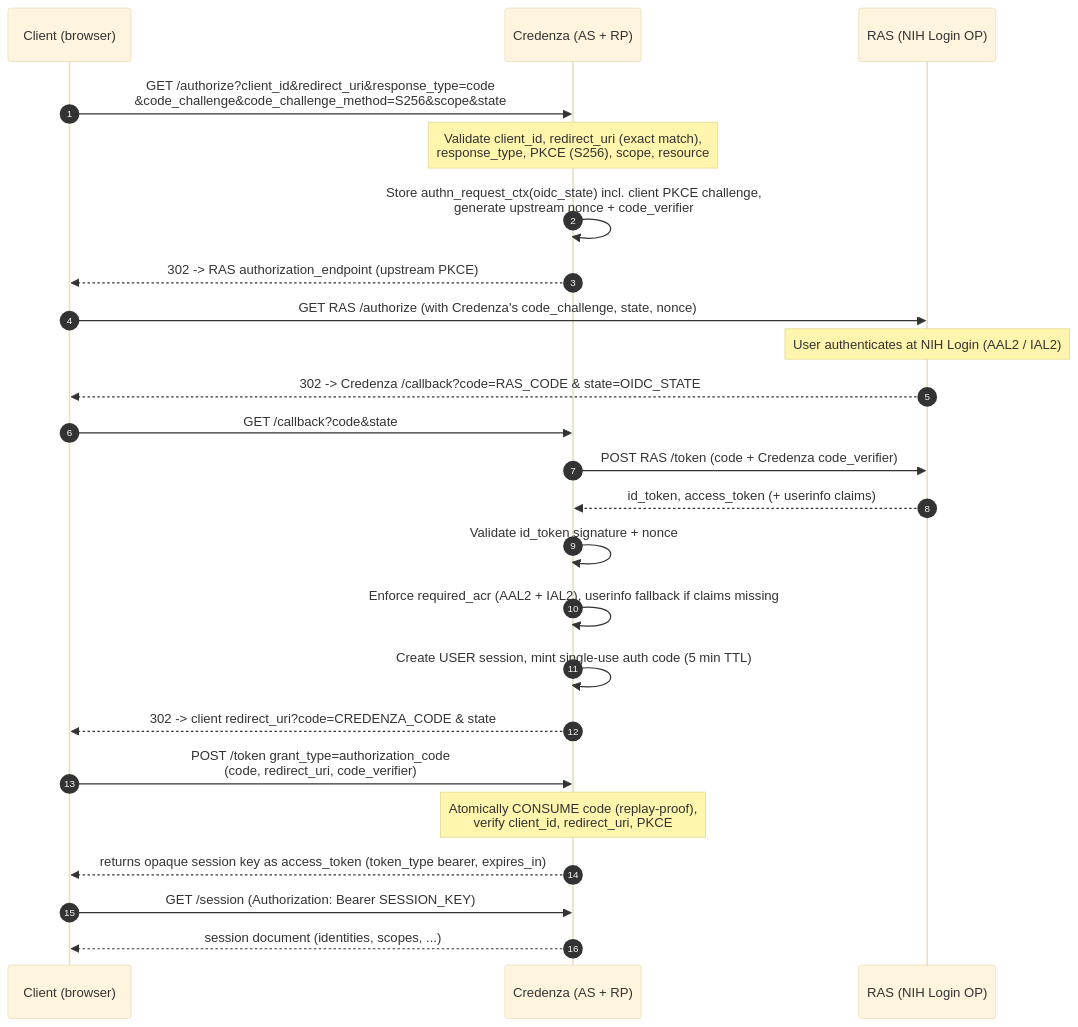
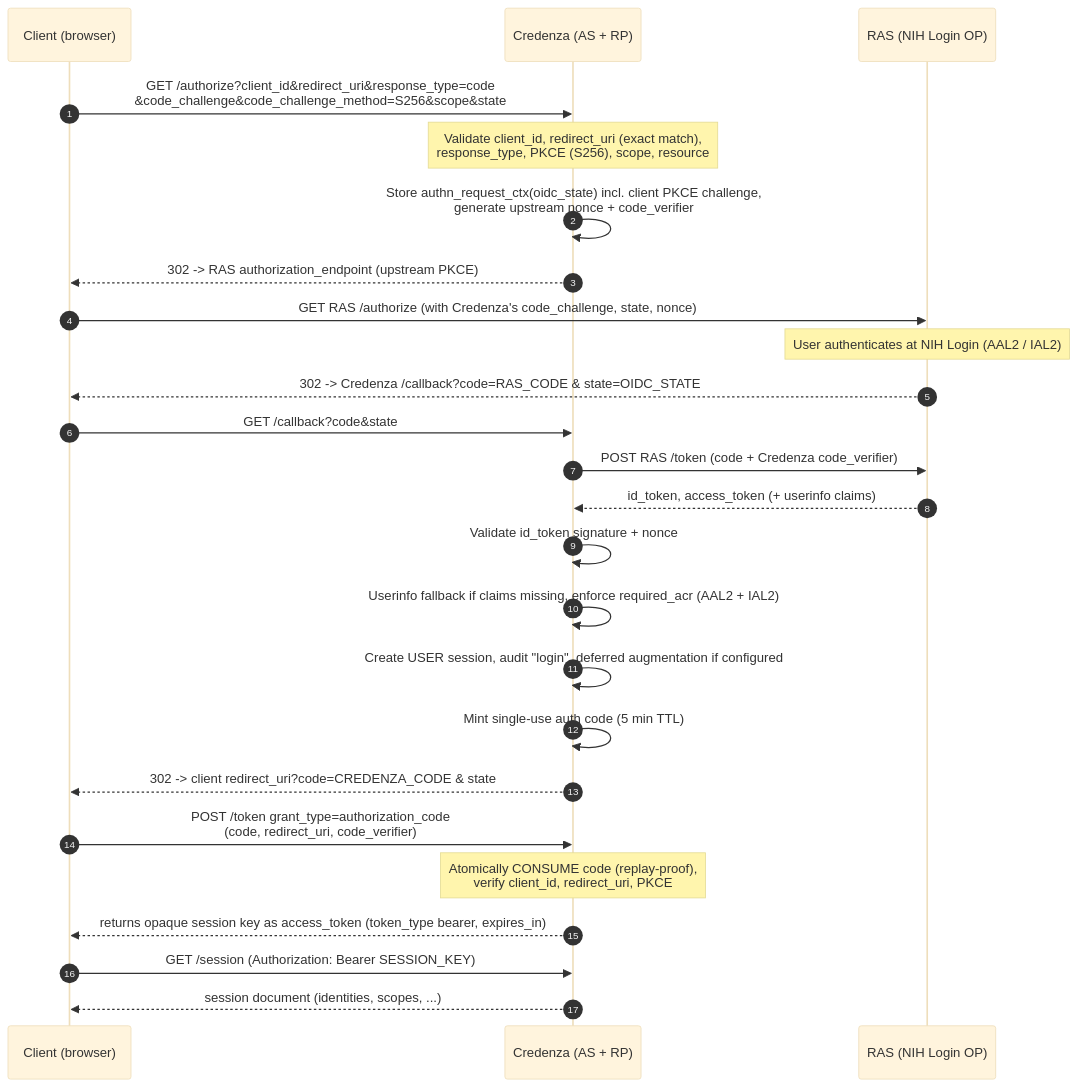
The third of 4 diagrams in docs/nih-ras-oidc-flows.md (informatics-isi-edu/credenza), drawn with Mermaid (base theme) before and after one commit. The commit also changed other lines of this file and 16 other files, not shown here.

````diff
--- a/docs/nih-ras-oidc-flows.md
+++ b/docs/nih-ras-oidc-flows.md
@@ -160,27 +192,28 @@
 ```mermaid
 sequenceDiagram
     autonumber
     participant C as Client (browser)
     participant Z as Credenza (AS + RP)
     participant R as RAS (NIH Login OP)
 
     C->>Z: GET /authorize?client_id&redirect_uri&response_type=code<br/>&code_challenge&code_challenge_method=S256&scope&state
     Note over Z: Validate client_id, redirect_uri (exact match),<br/>response_type, PKCE (S256), scope, resource
     Z->>Z: Store authn_request_ctx(oidc_state) incl. client PKCE challenge,<br/>generate upstream nonce + code_verifier
     Z-->>C: 302 -> RAS authorization_endpoint (upstream PKCE)
     C->>R: GET RAS /authorize (with Credenza's code_challenge, state, nonce)
     Note over R: User authenticates at NIH Login (AAL2 / IAL2)
     R-->>C: 302 -> Credenza /callback?code=RAS_CODE & state=OIDC_STATE
     C->>Z: GET /callback?code&state
     Z->>R: POST RAS /token (code + Credenza code_verifier)
     R-->>Z: id_token, access_token (+ userinfo claims)
     Z->>Z: Validate id_token signature + nonce
-    Z->>Z: Enforce required_acr (AAL2 + IAL2), userinfo fallback if claims missing
-    Z->>Z: Create USER session, mint single-use auth code (5 min TTL)
+    Z->>Z: Userinfo fallback if claims missing, enforce required_acr (AAL2 + IAL2)
+    Z->>Z: Create USER session, audit "login", deferred augmentation if configured
+    Z->>Z: Mint single-use auth code (5 min TTL)
     Z-->>C: 302 -> client redirect_uri?code=CREDENZA_CODE & state
     C->>Z: POST /token grant_type=authorization_code<br/>(code, redirect_uri, code_verifier)
     Note over Z: Atomically CONSUME code (replay-proof),<br/>verify client_id, redirect_uri, PKCE
     Z-->>C: returns opaque session key as access_token (token_type bearer, expires_in)
     C->>Z: GET /session  (Authorization: Bearer SESSION_KEY)
     Z-->>C: session document (identities, scopes, ...)
 ```
````
